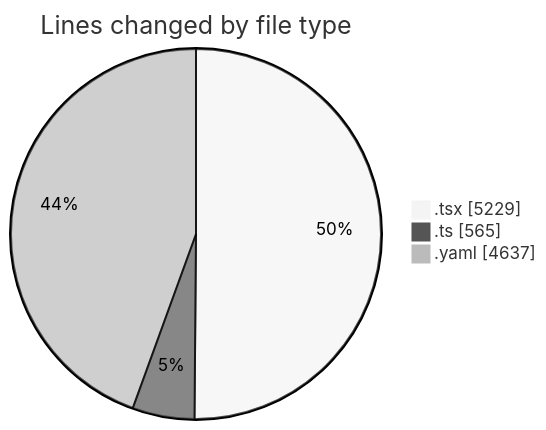
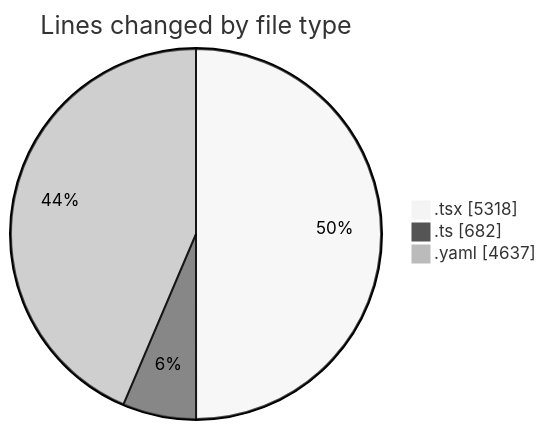
One commit to julien-gomy/code-tracking changed the first of 2 diagrams in 2025-10-13/eventscop-frontend-guide__workspace_/README.md. Above: the diagram before and after it, drawn with Mermaid (neutral theme). The commit also changed other lines of this file and 1 other file, not shown here.

````diff
--- a/2025-10-13/eventscop-frontend-guide__workspace_/README.md
+++ b/2025-10-13/eventscop-frontend-guide__workspace_/README.md
@@ -44,7 +46,7 @@
 ```mermaid
 pie showData
 title Lines changed by file type
-".tsx" : 5229
-".ts" : 565
+".tsx" : 5318
+".ts" : 682
 ".yaml" : 4637
 ```
````
